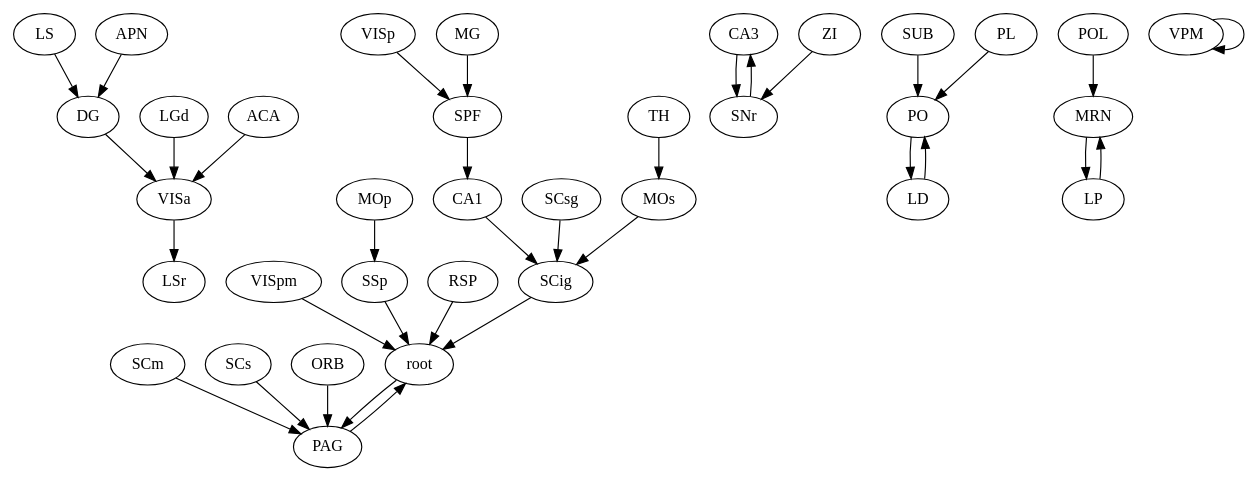
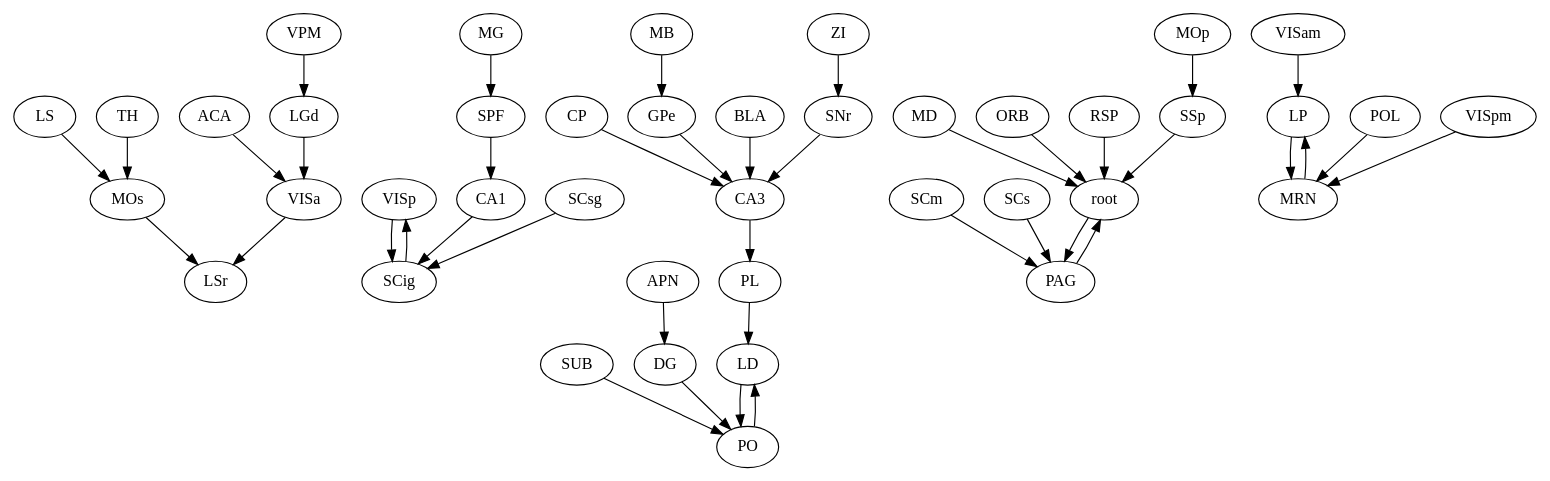
The diagram in final_visual/ap.dot (maryiii/FYI), drawn with Graphviz before and after one commit. The commit also changed 60 other files, not shown here.

```diff
--- a/final_visual/ap.dot
+++ b/final_visual/ap.dot
@@ -1,71 +1,83 @@
-digraph  {
+strict digraph  {
 LS [region="basal ganglia"];
 MOs [region="non-visual cortex"];
+ACA [region="non-visual cortex"];
+VISp [region="visual cortex"];
 CA3 [region=hippocampal];
 SUB [region=hippocampal];
 DG [region=hippocampal];
 root;
 MOp [region="non-visual cortex"];
+CP [region="basal ganglia"];
 LGd [region=thalamus];
 PL [region="non-visual cortex"];
+MD [region=thalamus];
 CA1 [region=hippocampal];
+VISam [region="visual cortex"];
+ZI [region=midbrain];
+MB [region=midbrain];
 SCm [region=midbrain];
 MRN [region=midbrain];
 SCs [region=midbrain];
 ORB [region="non-visual cortex"];
-VISp [region="visual cortex"];
 PAG [region=midbrain];
+RSP [region="non-visual cortex"];
+GPe [region="basal ganglia"];
+BLA [region="cortical subplate"];
 VPM [region=thalamus];
-ZI [region=midbrain];
+TH [region=thalamus];
 SNr [region="basal ganglia"];
 POL [region=thalamus];
 APN [region=midbrain];
 LP [region=thalamus];
 VISpm [region="visual cortex"];
-TH [region=thalamus];
 VISa [region="visual cortex"];
 MG [region=thalamus];
 SPF [region=thalamus];
 LD [region=thalamus];
 SSp [region="non-visual cortex"];
 SCsg [region=midbrain];
 PO [region=thalamus];
 SCig [region=midbrain];
-RSP [region="non-visual cortex"];
-ACA [region="non-visual cortex"];
 LSr [region="basal ganglia"];
-LS -> DG  [weight="2.402853611271972"];
-MOs -> SCig  [weight="2.7428218823439403"];
-CA3 -> SNr  [weight="2.6462818694174857"];
-SUB -> PO  [weight="3.078455344752622"];
-DG -> VISa  [weight="3.0114383377300173"];
-root -> PAG  [weight="2.769867197424445"];
-MOp -> SSp  [weight="3.396814011075989"];
-LGd -> VISa  [weight="8.021917354580133"];
-PL -> PO  [weight="2.5891550697965404"];
-CA1 -> SCig  [weight="2.794353314320651"];
-SCm -> PAG  [weight="3.6177911376407144"];
-MRN -> LP  [weight="4.516380439413377"];
-SCs -> PAG  [weight="3.1360965582687905"];
-ORB -> PAG  [weight="2.7094768379821854"];
-VISp -> SPF  [weight="3.8053689650261884"];
-PAG -> root  [weight="3.2013742132720684"];
-VPM -> VPM  [weight="2.952964057415067"];
-ZI -> SNr  [weight="2.4784291490892656"];
-SNr -> CA3  [weight="2.7770802491182787"];
-POL -> MRN  [weight="2.5479169446001726"];
-APN -> DG  [weight="2.5881448618567804"];
-LP -> MRN  [weight="5.062497349963558"];
-VISpm -> root  [weight="2.42951543270836"];
-TH -> MOs  [weight="3.421249839704091"];
-VISa -> LSr  [weight="2.8969049205398476"];
-MG -> SPF  [weight="5.405070381231167"];
-SPF -> CA1  [weight="4.6292416391677085"];
-LD -> PO  [weight="3.011570964400663"];
-SSp -> root  [weight="3.9644962552754803"];
-SCsg -> SCig  [weight="2.4687780274965223"];
-PO -> LD  [weight="2.79790362591704"];
-SCig -> root  [weight="3.579824489914317"];
-RSP -> root  [weight="2.805106477222581"];
-ACA -> VISa  [weight="3.1063331963076717"];
+LS -> MOs  [weight="2.612972142487283"];
+MOs -> LSr  [weight="3.061556941569261"];
+ACA -> VISa  [weight="2.904598866101467"];
+VISp -> SCig  [weight="4.252035636946509"];
+CA3 -> PL  [weight="2.5830902607928325"];
+SUB -> PO  [weight="2.8428814138126723"];
+DG -> PO  [weight="2.374952257233251"];
+root -> PAG  [weight="3.668122301096295"];
+MOp -> SSp  [weight="3.206660642677932"];
+CP -> CA3  [weight="2.226935043200963"];
+LGd -> VISa  [weight="8.920860292173588"];
+PL -> LD  [weight="2.192036197568799"];
+MD -> root  [weight="2.5498665169527293"];
+CA1 -> SCig  [weight="3.368632644738871"];
+VISam -> LP  [weight="2.620035470774126"];
+ZI -> SNr  [weight="3.311587921963892"];
+MB -> GPe  [weight="2.849198250770366"];
+SCm -> PAG  [weight="4.282950120364317"];
+MRN -> LP  [weight="4.857371931896369"];
+SCs -> PAG  [weight="3.7626109970799626"];
+ORB -> root  [weight="2.6260727741893555"];
+PAG -> root  [weight="4.2173104205462675"];
+RSP -> root  [weight="3.045993170914608"];
+GPe -> CA3  [weight="2.4592120576468424"];
+BLA -> CA3  [weight="2.7254635115308212"];
+VPM -> LGd  [weight="2.4520963876668858"];
+TH -> MOs  [weight="4.055855512644966"];
+SNr -> CA3  [weight="3.686428263554628"];
+POL -> MRN  [weight="2.98335349925696"];
+APN -> DG  [weight="2.9118024523425925"];
+LP -> MRN  [weight="5.598339797258654"];
+VISpm -> MRN  [weight="2.657318065579116"];
+VISa -> LSr  [weight="3.98409459678166"];
+MG -> SPF  [weight="6.353136429733607"];
+SPF -> CA1  [weight="5.516095524952242"];
+LD -> PO  [weight="3.6134514249923595"];
+SSp -> root  [weight="4.823983229557337"];
+SCsg -> SCig  [weight="2.9728212306561606"];
+PO -> LD  [weight="3.46752250535297"];
+SCig -> VISp  [weight="3.662856494723502"];
 }
```
